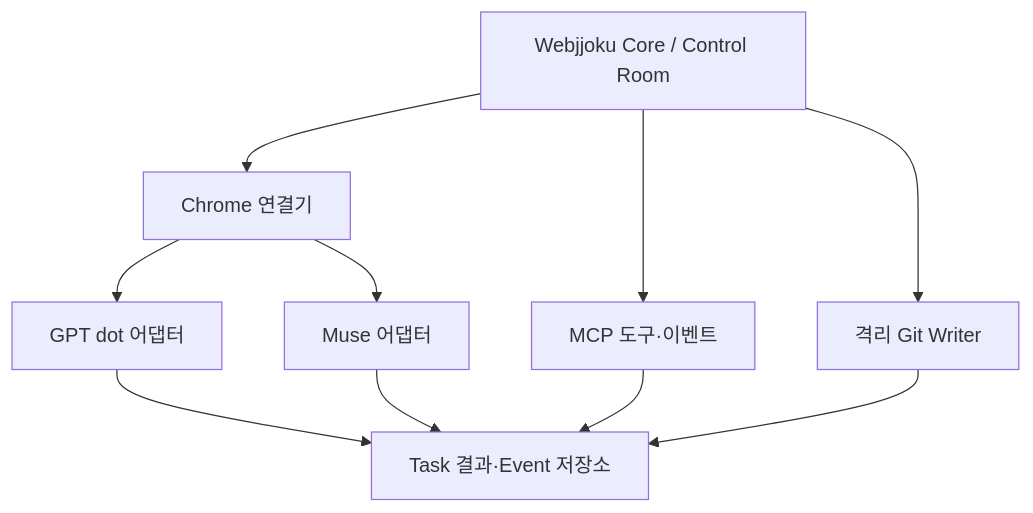
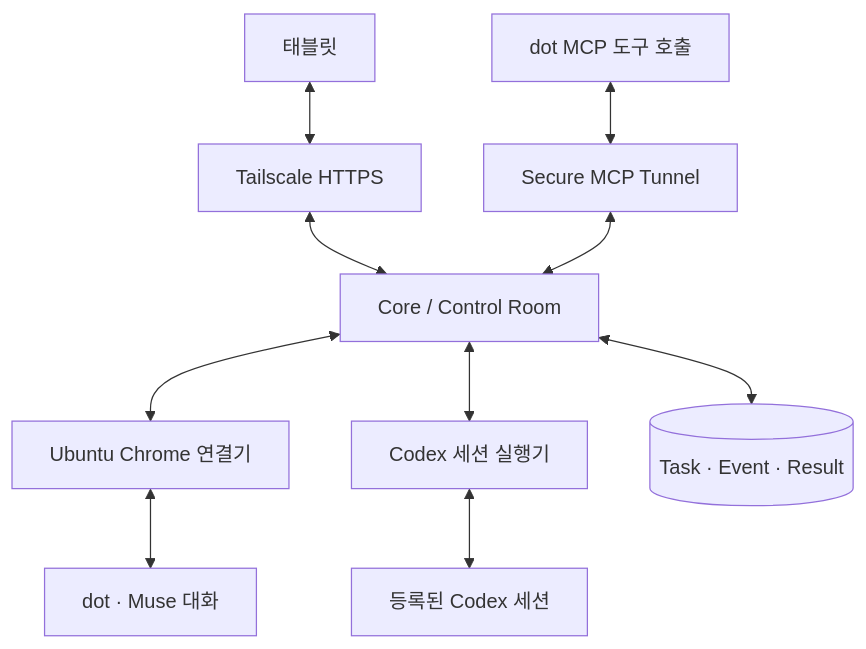
The diagram in docs/development-plan.md (firewine/webgpt), drawn with Mermaid before and after one commit. The commit also changed other lines of this file and 5 other files, not shown here.

Commit message:
docs: plan Ubuntu tablet operations and Codex session delegation

````diff
--- a/docs/development-plan.md
+++ b/docs/development-plan.md
@@ -109,12 +130,12 @@
 ```mermaid
 flowchart TD
-    Core["Webjjoku Core / Control Room"] --> Bridge["Chrome 연결기"]
-    Bridge --> Dot["GPT dot 어댑터"]
-    Bridge --> Muse["Muse 어댑터"]
-    Core --> MCP["MCP 도구·이벤트"]
-    Dot --> Result["Task 결과·Event 저장소"]
-    Muse --> Result
-    MCP --> Result
-    Core --> Writer["격리 Git Writer"]
-    Writer --> Result
+    Tablet["태블릿"] <--> Serve["Tailscale HTTPS"]
+    Serve <--> Core["Core / Control Room"]
+    Core <--> Bridge["Ubuntu Chrome 연결기"]
+    Bridge <--> Web["dot · Muse 대화"]
+    Core <--> Executor["Codex 세션 실행기"]
+    Executor <--> Codex["등록된 Codex 세션"]
+    Core <--> Store[("Task · Event · Result")]
+    Dot["dot MCP 도구 호출"] <--> Tunnel["Secure MCP Tunnel"]
+    Tunnel <--> Core
 ```
````
